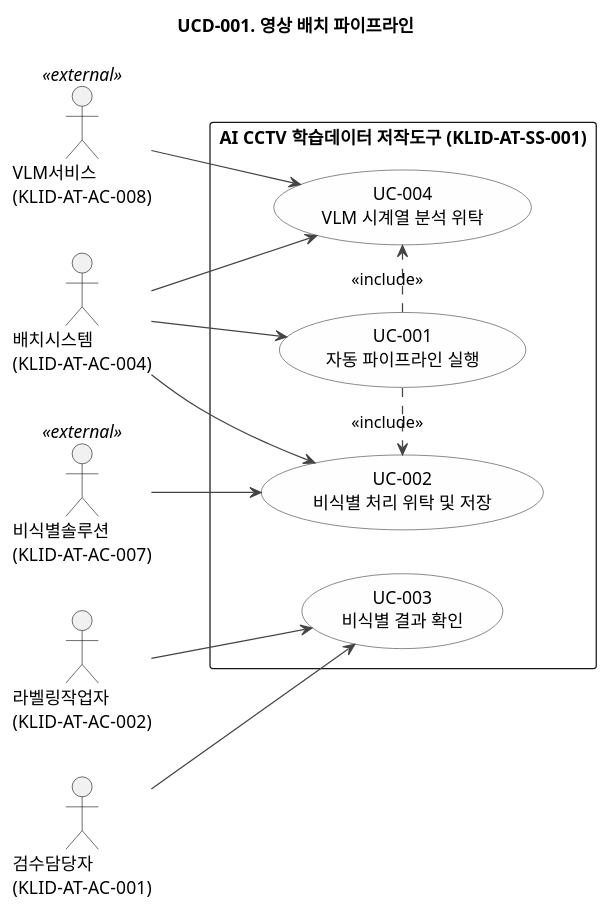
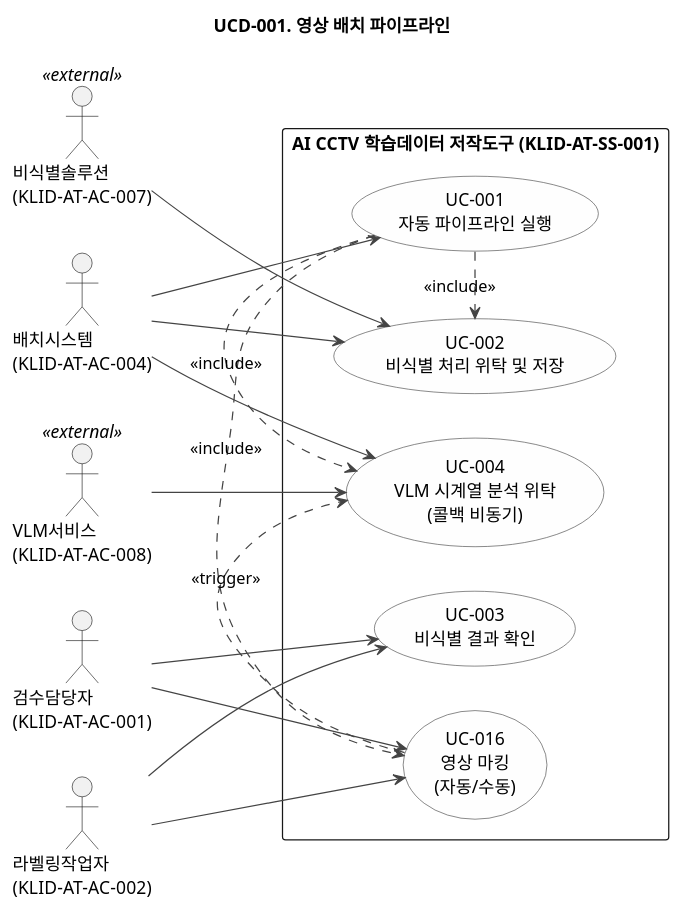
Before and after one commit to New-stella/klid-label: the first of 3 diagrams in docs/design/R2_유스케이스명세서_v1.0.md, drawn with PlantUML. The commit also changed other lines of this file and 2 other files, not shown here.

Commit message:
docs(design): V2.0 다이어그램 반영 — UCD/시퀀스/클래스/컴포넌트
- R2 UCD-001: UC-016 마킹 추가, UC-001→UC-016 include, UC-016→UC-004 trigger
- R2 UCD-003: UC-011 "증강 비동기 요청(새 영상 생성)", UC-012 "포털 사용자 라벨링(데이터마트 Load)"
- D1 SD-001: 시퀀스에 MarkingStep 추가, VLM 콜백 비동기 주석, extractByMarks, YOLO 원본만 주석
- D1 클래스도: BatchOrchestrator.markingStep 필드, MarkingStep ..|> PipelineStep
- D3 컴포넌트도: CO-015 Marking 컴포넌트 추가, 의존 화살표

Generated with Claude Code

````diff
--- a/docs/design/R2_유스케이스명세서_v1.0.md
+++ b/docs/design/R2_유스케이스명세서_v1.0.md
@@ -36,39 +36,44 @@
 ```plantuml
 @startuml KLID-AT-UCD-001
 title UCD-001. 영상 배치 파이프라인
 skinparam defaultFontName "Malgun Gothic"
 skinparam usecase {
   BackgroundColor #FEFEFE
   BorderColor #444444
   ArrowColor #444444
   ActorBackgroundColor #DDEEFF
   ActorBorderColor #336699
 }
 
 left to right direction
 
 actor "배치시스템\n(KLID-AT-AC-004)" as Batch
 actor "비식별솔루션\n(KLID-AT-AC-007)" as Deid <<external>>
 actor "VLM서비스\n(KLID-AT-AC-008)" as VLM <<external>>
 actor "검수담당자\n(KLID-AT-AC-001)" as Reviewer
 actor "라벨링작업자\n(KLID-AT-AC-002)" as Labeler
 
 rectangle "AI CCTV 학습데이터 저작도구 (KLID-AT-SS-001)" {
+  usecase "UC-016\n영상 마킹\n(자동/수동)" as UC016
   usecase "UC-001\n자동 파이프라인 실행" as UC001
   usecase "UC-002\n비식별 처리 위탁 및 저장" as UC002
   usecase "UC-003\n비식별 결과 확인" as UC003
-  usecase "UC-004\nVLM 시계열 분석 위탁" as UC004
+  usecase "UC-004\nVLM 시계열 분석 위탁\n(콜백 비동기)" as UC004
 
+  UC001 .> UC016 : <<include>>
+  UC001 .> UC004 : <<include>>
   UC001 .> UC002 : <<include>>
-  UC001 .> UC004 : <<include>>
+  UC016 .> UC004 : <<trigger>>
 }
 
 Batch --> UC001
+Labeler --> UC016
+Reviewer --> UC016
 Batch --> UC002
 Batch --> UC004
 Deid --> UC002
 VLM --> UC004
 Reviewer --> UC003
 Labeler --> UC003
 @enduml
 ```
````
